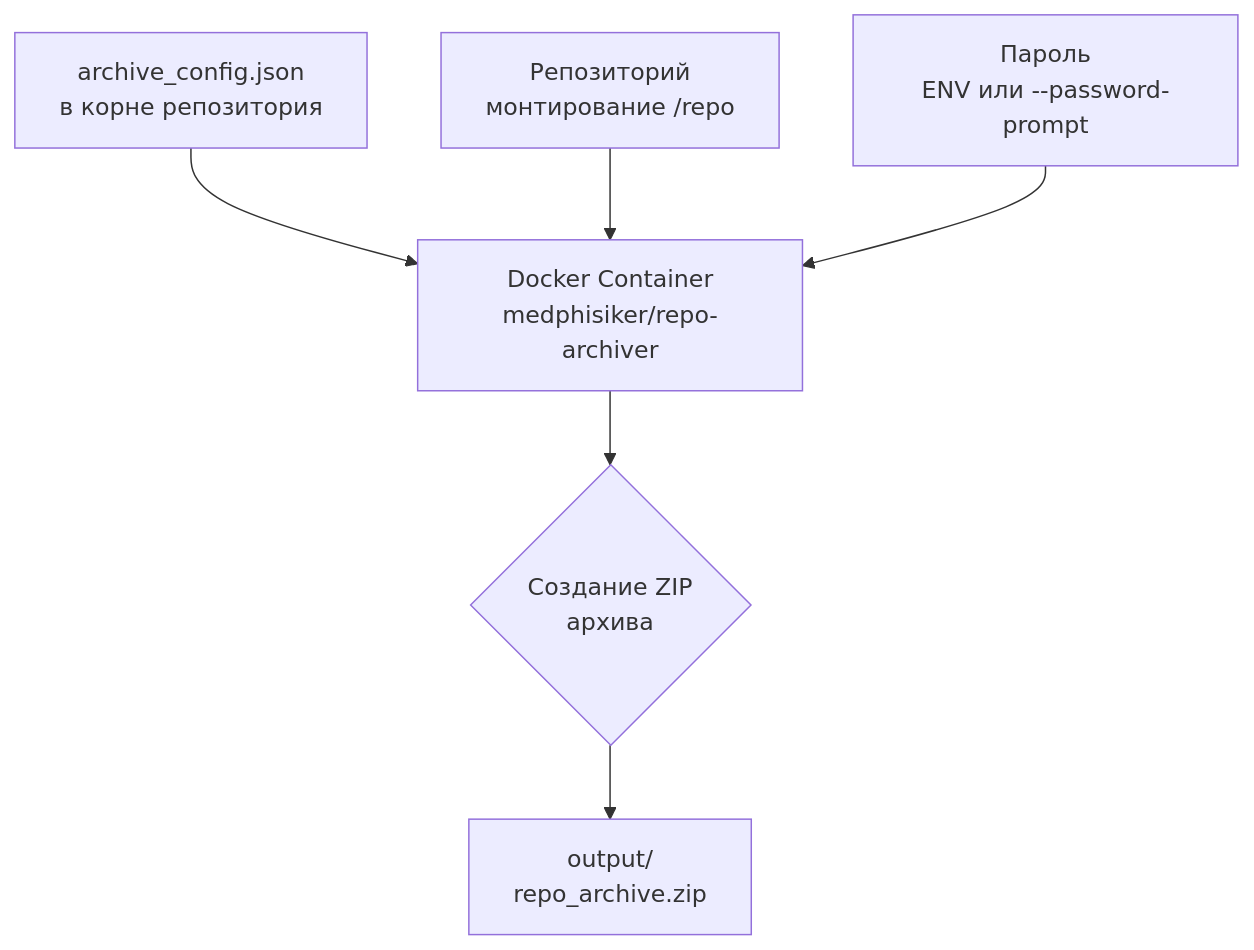
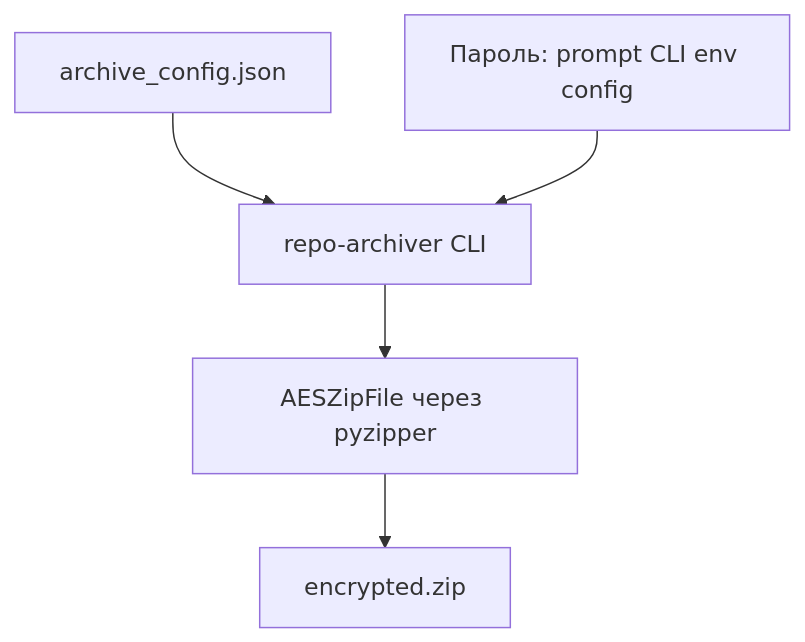
The diagram in README.md (medphisiker/repo-archiver), drawn with Mermaid before and after one commit. The commit also changed other lines of this file and 3 other files, not shown here.

First line of the commit message:
feat(archiver): реализовать AES-256 шифрование ZIP через pyzipper

````diff
--- a/README.md
+++ b/README.md
@@ -233,8 +253,7 @@
 ```mermaid
 flowchart TD
-    A[archive_config.json<br/>в корне репозитория] --> B[Docker Container<br/>medphisiker/repo-archiver]
-    C[Репозиторий<br/>монтирование /repo] --> B
-    D[Пароль<br/>ENV или --password-prompt] --> B
-    B --> E{Создание ZIP<br/>архива}
-    E --> F[output/<br/>repo_archive.zip]
+    A[archive_config.json] --> B[repo-archiver CLI]
+    C[Пароль: prompt CLI env config] --> B
+    B --> D[AESZipFile через pyzipper]
+    D --> E[encrypted.zip]
 ```
````
